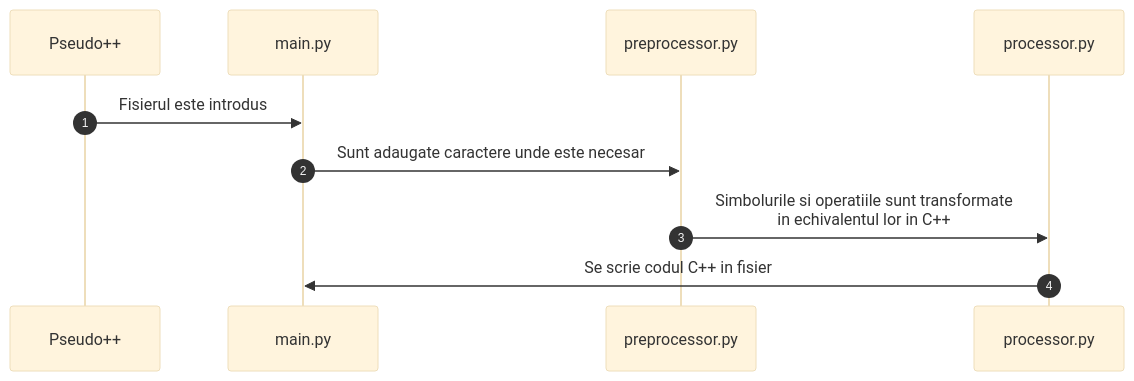
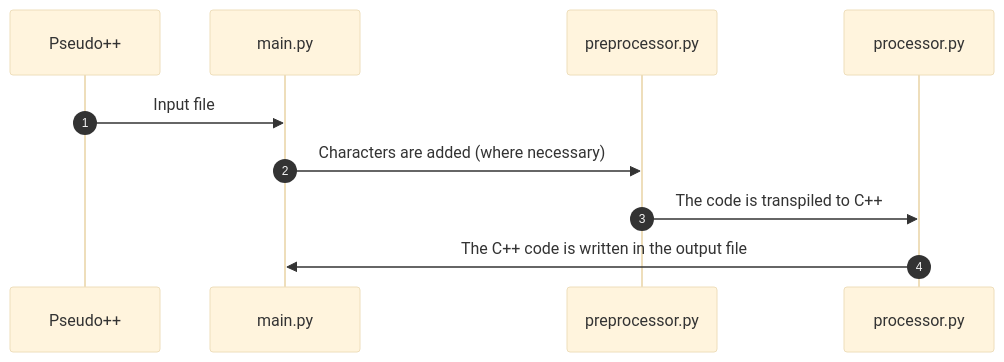
Before and after one commit to Ropler6/PseudoPlusPlus: the third of 3 diagrams in README.md, drawn with Mermaid (base theme). The commit also changed other lines of this file, not shown here.

````diff
--- a/README.md
+++ b/README.md
@@ -794,13 +77,13 @@
 ```mermaid
 sequenceDiagram
     autonumber
     participant ps as Pseudo++
     participant main as main.py
     participant pre as preprocessor.py
     participant pro as processor.py
     
-    ps->>main: Fisierul este introdus
-    main->>pre: Sunt adaugate caractere unde este necesar
-    pre->>pro: Simbolurile si operatiile sunt transformate <br> in echivalentul lor in C++
-    pro->>main: Se scrie codul C++ in fisier
+    ps->>main: Input file
+    main->>pre: Characters are added (where necessary)
+    pre->>pro: The code is transpiled to C++
+    pro->>main: The C++ code is written in the output file
 ```
````
